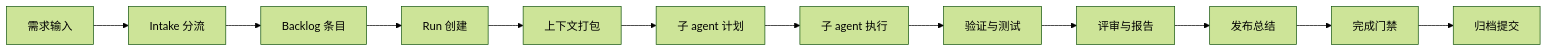
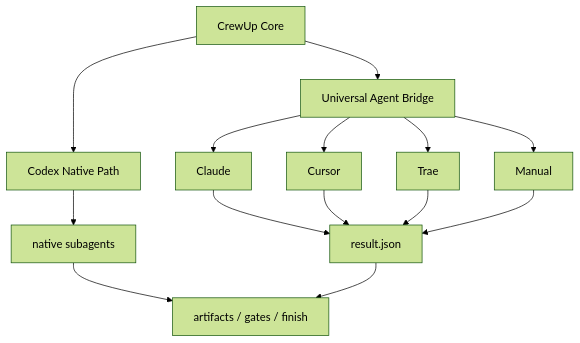
Before and after one commit to benforge/crewup-harness: the first of 2 diagrams in README.md, drawn with Mermaid (forest theme). The commit also changed other lines of this file and 45 other files, not shown here.

````diff
--- a/README.md
+++ b/README.md
@@ -98,14 +15,16 @@
 ```mermaid
-flowchart LR
-  A["需求输入"] --> B["Intake 分流"]
-  B --> C["Backlog 条目"]
-  C --> D["Run 创建"]
-  D --> E["上下文打包"]
-  E --> F["子 agent 计划"]
-  F --> G["子 agent 执行"]
-  G --> H["验证与测试"]
-  H --> I["评审与报告"]
-  I --> J["发布总结"]
-  J --> K["完成门禁"]
-  K --> L["归档提交"]
+flowchart TD
+  A["CrewUp Core"] --> B["Codex Native Path"]
+  A --> C["Universal Agent Bridge"]
+  C --> D["Claude"]
+  C --> E["Cursor"]
+  C --> F["Trae"]
+  C --> G["Manual"]
+  B --> H["native subagents"]
+  D --> I["result.json"]
+  E --> I
+  F --> I
+  G --> I
+  H --> J["artifacts / gates / finish"]
+  I --> J
 ```
````
